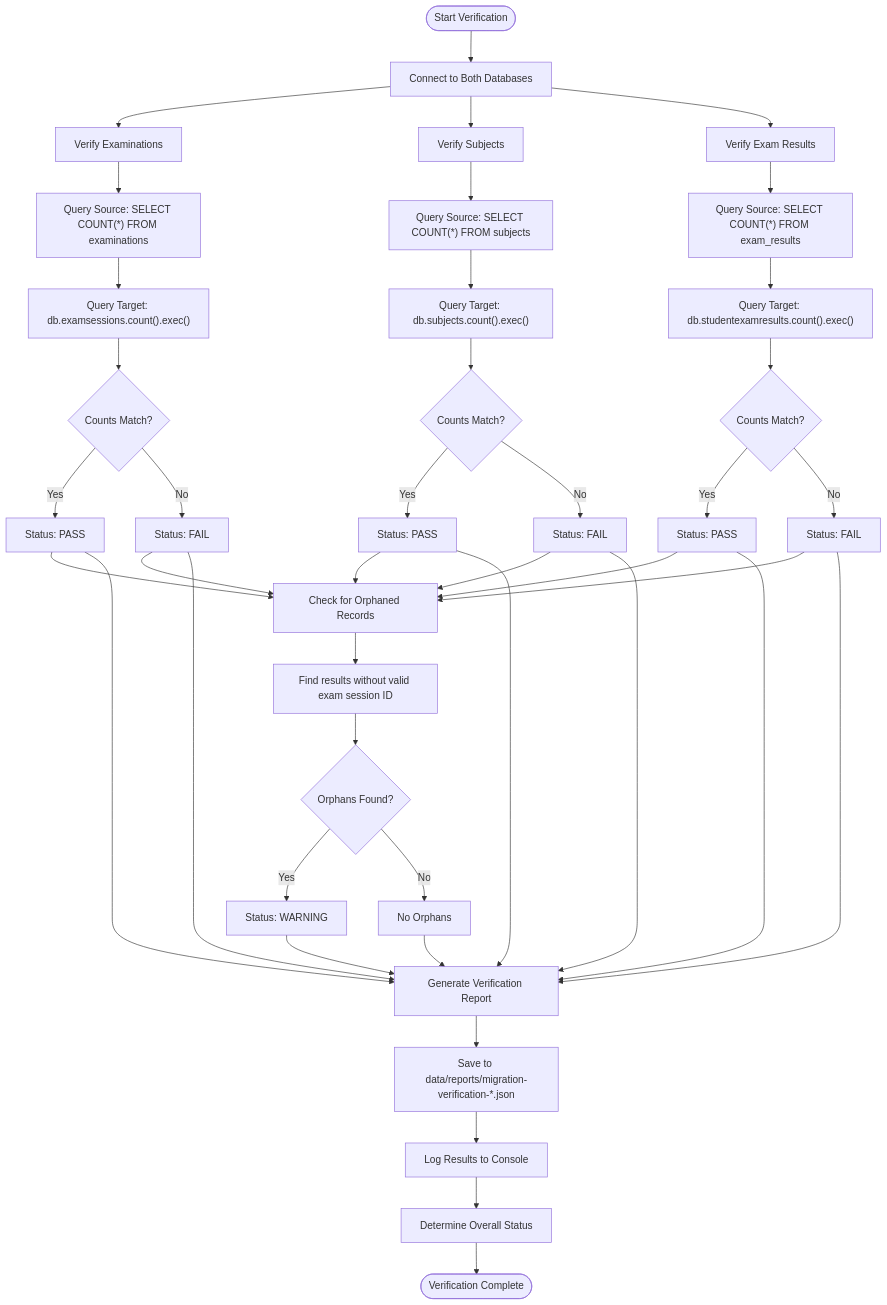
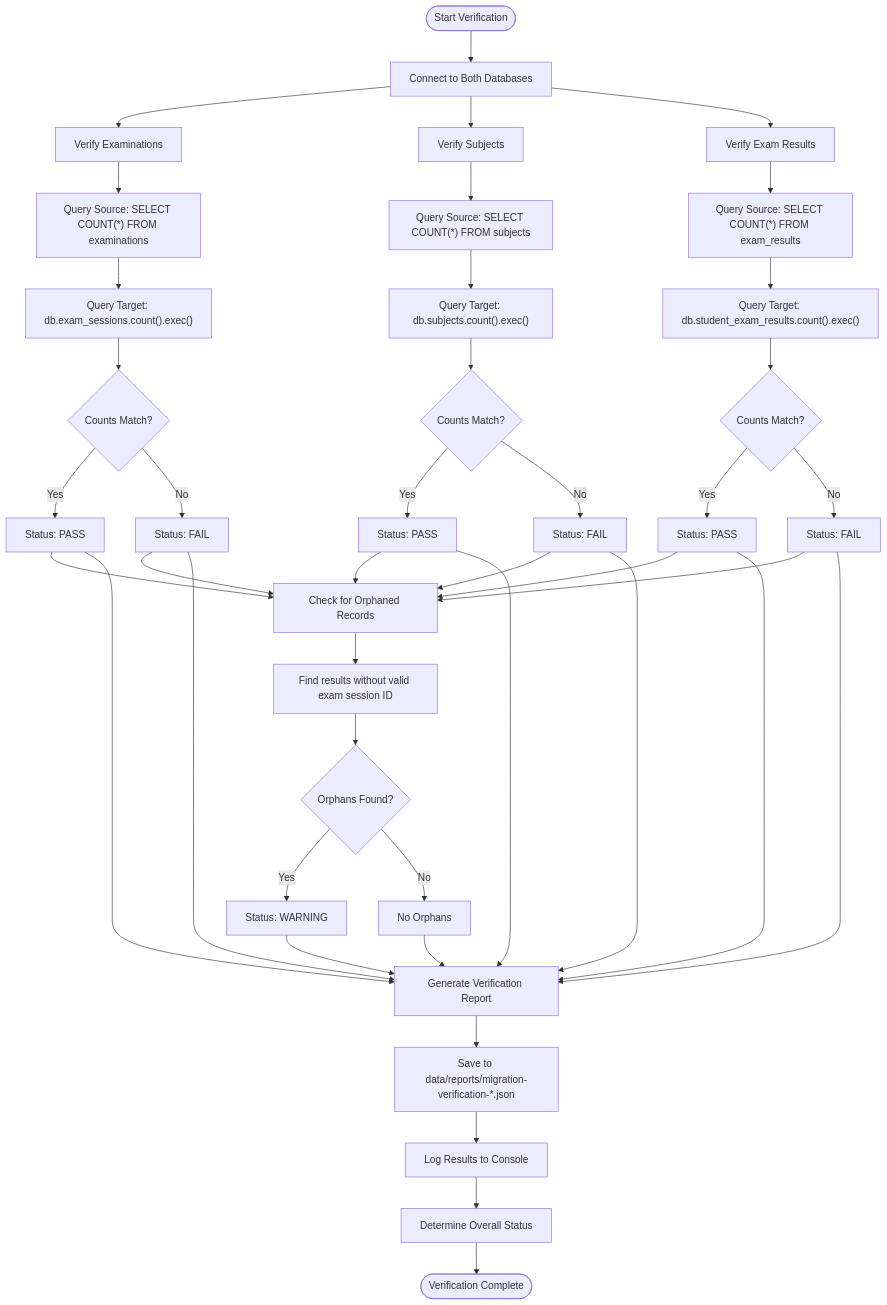
Before and after one commit to geniusdynamics/schoolpilot: the sixth of 7 diagrams in .qoder/repowiki/en/content/Development Tools & Scripts/Data Migration.md, drawn with Mermaid. The commit also changed other lines of this file and 8 other files, not shown here.

````diff
--- a/.qoder/repowiki/en/content/Development Tools & Scripts/Data Migration.md
+++ b/.qoder/repowiki/en/content/Development Tools & Scripts/Data Migration.md
@@ -272,44 +268,44 @@
 ```mermaid
 flowchart TD
 Start([Start Verification]) --> ConnectDatabases["Connect to Both Databases"]
 ConnectDatabases --> VerifyExams["Verify Examinations"]
 ConnectDatabases --> VerifySubjects["Verify Subjects"]
 ConnectDatabases --> VerifyResults["Verify Exam Results"]
 VerifyExams --> QuerySourceExams["Query Source: SELECT COUNT(*) FROM examinations"]
-QuerySourceExams --> QueryTargetExams["Query Target: db.examsessions.count().exec()"]
+QuerySourceExams --> QueryTargetExams["Query Target: db.exam_sessions.count().exec()"]
 QueryTargetExams --> CompareExams{"Counts Match?"}
 CompareExams -- Yes --> PassExams["Status: PASS"]
 CompareExams -- No --> FailExams["Status: FAIL"]
 VerifySubjects --> QuerySourceSubjects["Query Source: SELECT COUNT(*) FROM subjects"]
 QuerySourceSubjects --> QueryTargetSubjects["Query Target: db.subjects.count().exec()"]
 QueryTargetSubjects --> CompareSubjects{"Counts Match?"}
 CompareSubjects -- Yes --> PassSubjects["Status: PASS"]
 CompareSubjects -- No --> FailSubjects["Status: FAIL"]
 VerifyResults --> QuerySourceResults["Query Source: SELECT COUNT(*) FROM exam_results"]
-QuerySourceResults --> QueryTargetResults["Query Target: db.studentexamresults.count().exec()"]
+QuerySourceResults --> QueryTargetResults["Query Target: db.student_exam_results.count().exec()"]
 QueryTargetResults --> CompareResults{"Counts Match?"}
 CompareResults -- Yes --> PassResults["Status: PASS"]
 CompareResults -- No --> FailResults["Status: FAIL"]
 PassExams --> CheckOrphans["Check for Orphaned Records"]
 FailExams --> CheckOrphans
 PassSubjects --> CheckOrphans
 FailSubjects --> CheckOrphans
 PassResults --> CheckOrphans
 FailResults --> CheckOrphans
 CheckOrphans --> FindOrphans["Find results without valid exam session ID"]
 FindOrphans --> OrphansFound{"Orphans Found?"}
 OrphansFound -- Yes --> WarningOrphans["Status: WARNING"]
 OrphansFound -- No --> NoOrphans["No Orphans"]
 WarningOrphans --> GenerateReport["Generate Verification Report"]
 NoOrphans --> GenerateReport
 PassExams --> GenerateReport
 PassSubjects --> GenerateReport
 PassResults --> GenerateReport
 FailExams --> GenerateReport
 FailSubjects --> GenerateReport
 FailResults --> GenerateReport
 GenerateReport --> SaveReport["Save to data/reports/migration-verification-*.json"]
 SaveReport --> LogResults["Log Results to Console"]
 LogResults --> DetermineStatus["Determine Overall Status"]
 DetermineStatus --> End([Verification Complete])
 ```
````
